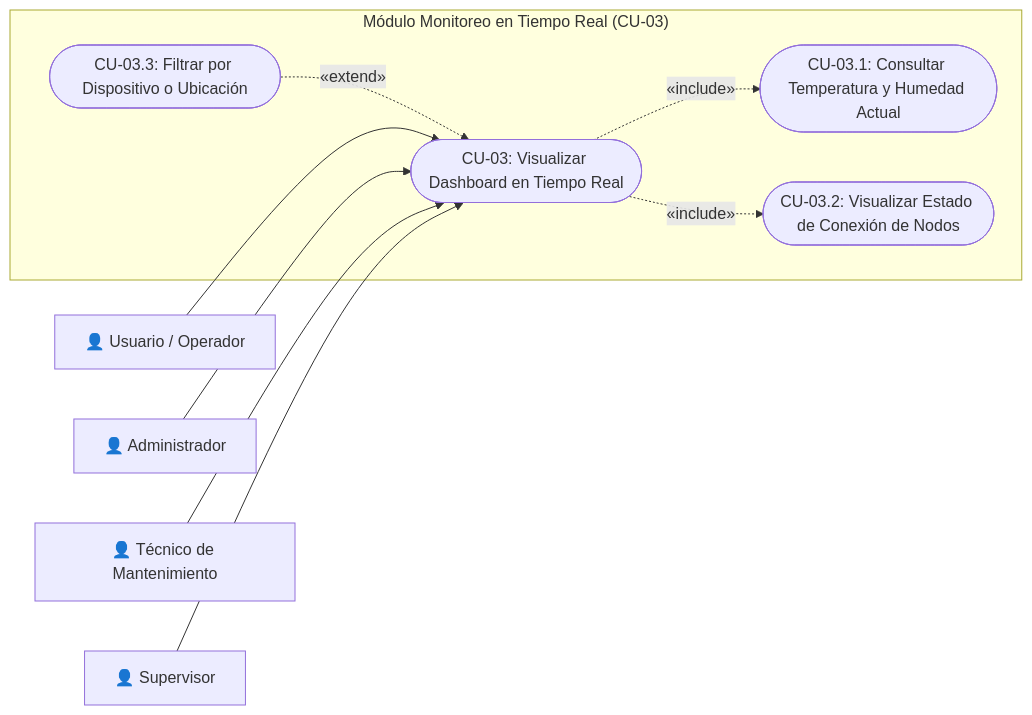
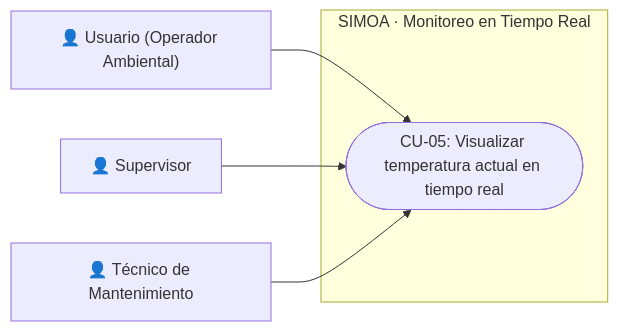
Before and after one commit to LuzElianaSanchezTovar666/Sistema_oit_de_monitoreo_ambiental: the sixth of 17 diagrams in docs/SRS_SIMOA.md, drawn with Mermaid. The commit also changed other lines of this file, not shown here.

````diff
--- a/docs/SRS_SIMOA.md
+++ b/docs/SRS_SIMOA.md
@@ -425,23 +434,14 @@
 ```mermaid
 flowchart LR
-    Usuario["👤 Usuario / Operador"]
-    Admin["👤 Administrador"]
+    Usuario["👤 Usuario (Operador Ambiental)"]
+    Supervisor["👤 Supervisor"]
     Tecnico["👤 Técnico de Mantenimiento"]
-    Supervisor["👤 Supervisor"]
 
-    subgraph "Módulo Monitoreo en Tiempo Real (CU-03)"
-        CU03_Main(["CU-03: Visualizar Dashboard en Tiempo Real"])
-        CU03_TempHum(["CU-03.1: Consultar Temperatura y Humedad Actual"])
-        CU03_Status(["CU-03.2: Visualizar Estado de Conexión de Nodos"])
-        CU03_Filter(["CU-03.3: Filtrar por Dispositivo o Ubicación"])
+    subgraph "SIMOA · Monitoreo en Tiempo Real"
+        CU05(["CU-05: Visualizar temperatura actual en tiempo real"])
     end
 
-    Usuario --> CU03_Main
-    Admin --> CU03_Main
-    Tecnico --> CU03_Main
-    Supervisor --> CU03_Main
-
-    CU03_Main -.->|«include»| CU03_TempHum
-    CU03_Main -.->|«include»| CU03_Status
-    CU03_Filter -.->|«extend»| CU03_Main
+    Usuario --> CU05
+    Supervisor --> CU05
+    Tecnico --> CU05
 ```
````
